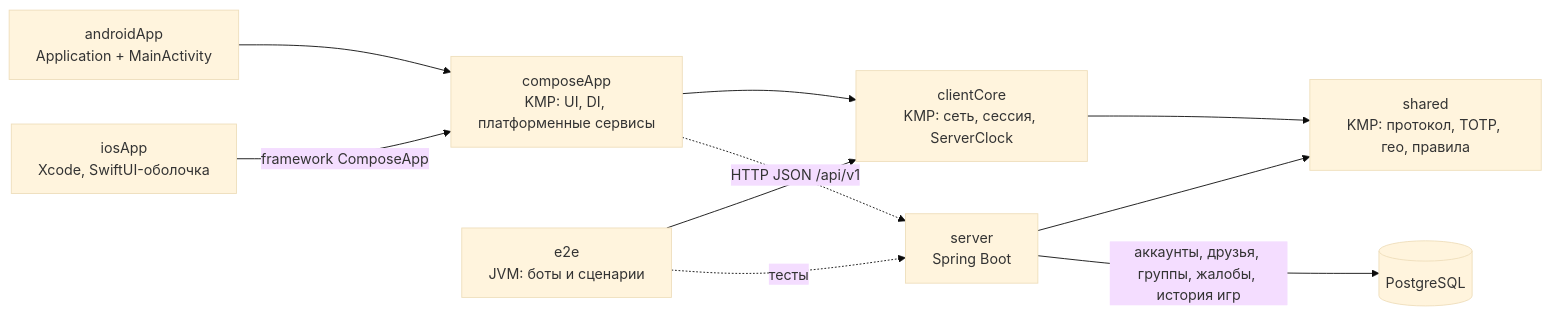
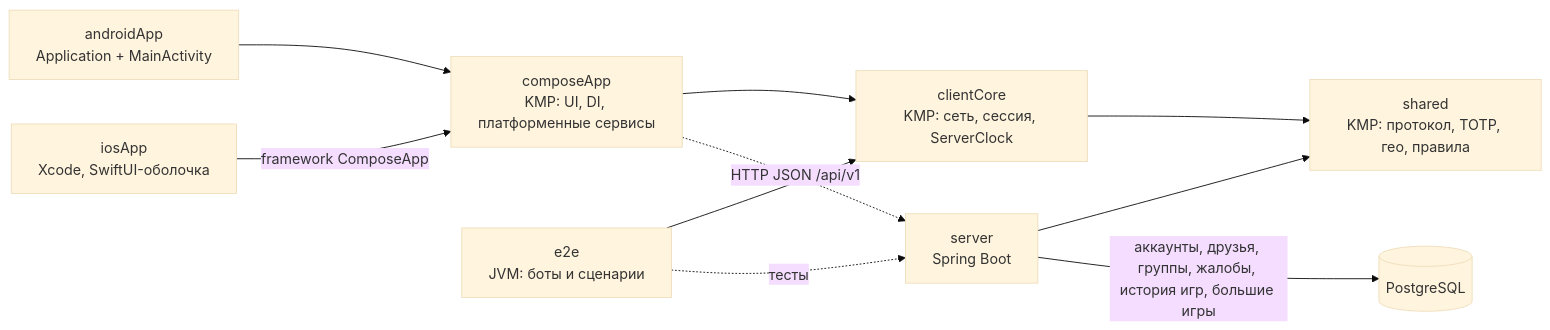
Before and after one commit to denysbohusevych/hovanki: the first of 6 diagrams in docs/architecture.md, drawn with Mermaid (base theme). The commit also changed other lines of this file and 11 other files, not shown here.

````diff
--- a/docs/architecture.md
+++ b/docs/architecture.md
@@ -7,13 +7,13 @@
 ```mermaid
 flowchart LR
     androidApp["androidApp<br/>Application + MainActivity"] --> composeApp
     iosApp["iosApp<br/>Xcode, SwiftUI-оболочка"] -->|"framework ComposeApp"| composeApp
     composeApp["composeApp<br/>KMP: UI, DI, платформенные сервисы"] --> clientCore
     clientCore["clientCore<br/>KMP: сеть, сессия, ServerClock"] --> shared
     server["server<br/>Spring Boot"] --> shared
-    server -->|"аккаунты, друзья, группы, жалобы, история игр"| db[("PostgreSQL")]
+    server -->|"аккаунты, друзья, группы, жалобы, история игр, большие игры"| db[("PostgreSQL")]
     e2e["e2e<br/>JVM: боты и сценарии"] --> clientCore
     e2e -.->|"тесты"| server
     shared["shared<br/>KMP: протокол, TOTP, гео, правила"]
     composeApp -.->|"HTTP JSON /api/v1"| server
 ```
````
